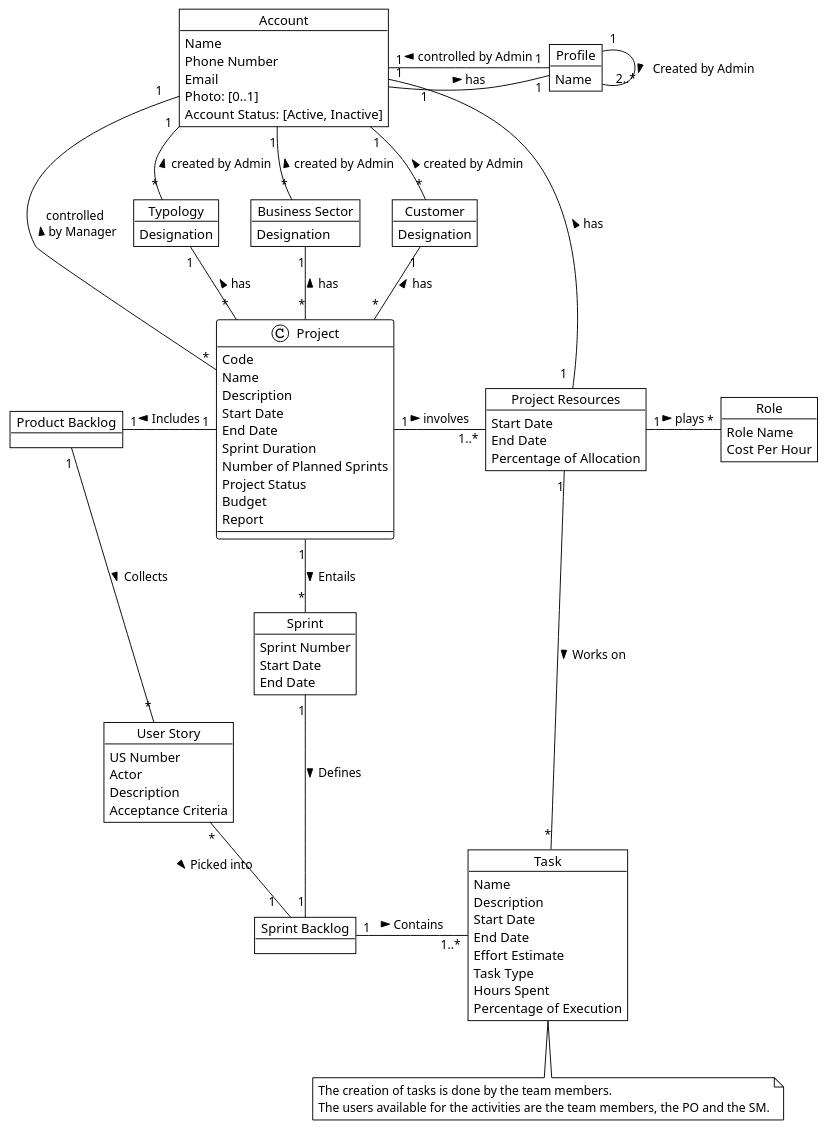
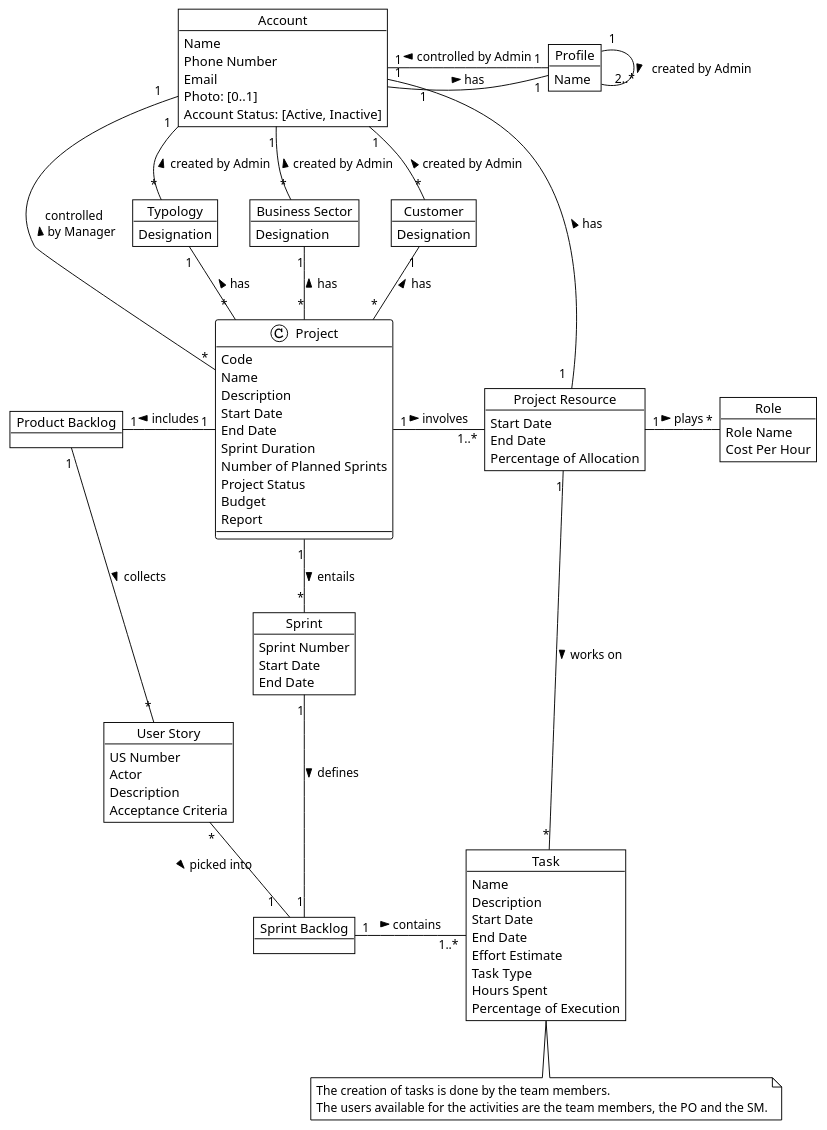
One commit to ivo-menezes/project_g3 changed the diagram in docs/modelling_design/domain_model_diagram/domain_model_diagram.puml. Above: the diagram before and after it, drawn with PlantUML.

Commit message:
Domain Model : Analysis : Update

```diff
--- a/docs/modelling_design/domain_model_diagram/domain_model_diagram.puml
+++ b/docs/modelling_design/domain_model_diagram/domain_model_diagram.puml
@@ -1,142 +1,142 @@
 @startuml
 !theme plain
 
 'skinparam linetype polyline
 
 '--- part relevant to sprint 1
 
 Object Account {
 Name
 Phone Number
 Email
 Photo: [0..1]
 Account Status: [Active, Inactive]
 }
 
 Object Profile {
 Name
 }
 
-Object "Project Resources" as PR {
+Object "Project Resource" as PR {
 Start Date
 End Date
 Percentage of Allocation
 }
 
 'together {
 'Object Administrator
 'Object Manager
 'Object User
 '}
 
 'Account <|-- Administrator
 'Account <|-- Manager
 'Account <|-- User
 Account "        1"-right- "    1" Profile : has >
 Account "1"-- "1" Profile : controlled by Admin <
 Account "1   " --- "*" Project : controlled \n by Manager <
 Account "1" -right- " 1  " PR : has <
 PR "1..*" -left- "1" Project : involves <
 'Profile"1" -- "*"Account : controlled by \n administrator <
 'Profile "1"-- "*"Project : created by Manager <
 'Profile"1" -- "*"User : performed by User <
 
 Object Typology {
 Designation
 }
 
 Account "1" -down-"*" Typology : created by Admin <
 Typology "1" -- "                                   *" Project : has <
 
 Object "Business Sector" as BS {
 Designation
 }
 
 Account "1" -down- "*" BS : created by Admin <
 BS "1" -- "*" Project : has <
 
 Object Customer {
 Designation
 }
 
 Account "1" -down- "*" Customer : created by Admin <
 Customer "1" -- "*" Project : has <
 
 Object Project {
 Code
 Name
 Description
 Start Date
 End Date
 Sprint Duration
 Number of Planned Sprints
 Project Status
 Budget
 ' Report could be its own conceptual class but we are not modelling with detail yet
 Report
 }
 
 ' following the Association Class Role pattern (Fig.11) from "Modeling Roles"
 ' Role attributes does not include Project Code because Larman says to avoid attributes that are like "foreign keys" (p.126)
 Object Role {
 Role Name
 Cost Per Hour
 }
 
 
 ' here "Controls" includes "creates,lists,changes profile, activates, inactivates"
 ' following Larman p.113 to be parsimonious about associations
 'Administrator "1" -up- "*" Account : Controls >
 'Manager "1" -down- "*" Project : Manages >
 'User "1" -down- "*" Role: Performs >
 
 
 
 '--- additional stuff, not much detail for sprint 1
 ' put enduml tag before this comment to shorten diagram
 Object "Product Backlog" as PB
 
 Object "User Story" as US {
 US Number
 Actor
 Description
 Acceptance Criteria
 }
 
 Object Sprint {
 Sprint Number
 Start Date
 End Date
 }
 
 Object "Sprint Backlog" as SB
 
 Object Task {
 Name
 Description
 Start Date
 End Date
 Effort Estimate
 Task Type
 Hours Spent
 Percentage of Execution
 }
 
 
-Profile "1" -down- "  2..*" Profile: Created by Admin >
-Project "1" -down- "*" Sprint: Entails >
-Project "1" -left- "1" PB: Includes >
-PB "1" -down- "*" US: Collects >
-Sprint "1" -down- "1" SB: Defines >
-US "*" -right- "                      1" SB: Picked into >
+Profile "1" -down- "  2..*" Profile: created by Admin >
+Project "1" -down- "*" Sprint: entails >
+Project "1" -left- "1" PB: includes >
+PB "1" -down- "*" US: collects >
+Sprint "1" -down- "1" SB: defines >
+US "*" -right- "                      1" SB: picked into >
 
 PR "1" -right- "*" Role : plays >
-SB "1" -right- "   1..*" Task: Contains >
-PR "1" -down- "*" Task: Works on >
+SB "1" -right- "   1..*" Task: contains >
+PR "1" -down- "*" Task: works on >
 'note on link: The creation of tasks is done by the team members.\nThe users available for the activities are the team members, the PO and the SM.
 
 
 note "The creation of tasks is done by the team members.\nThe users available for the activities are the team members, the PO and the SM." as N1
 Task .down. N1
 
 @enduml
```
